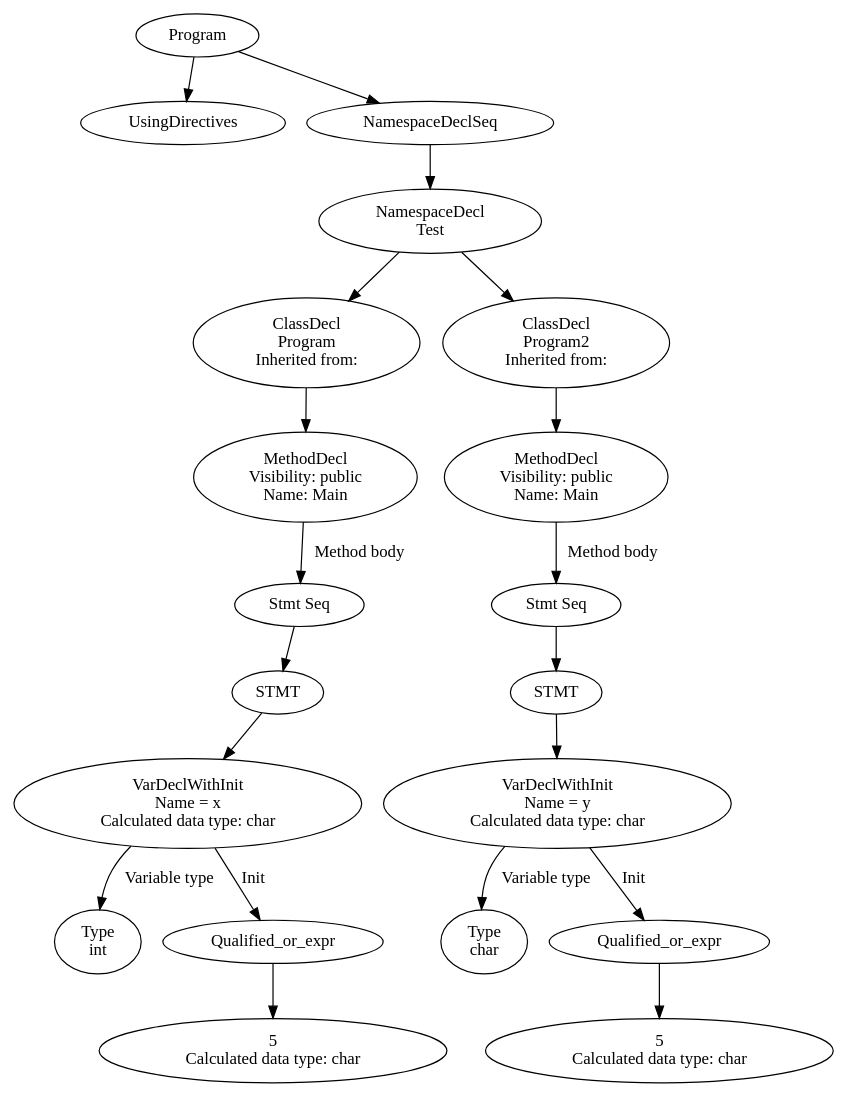
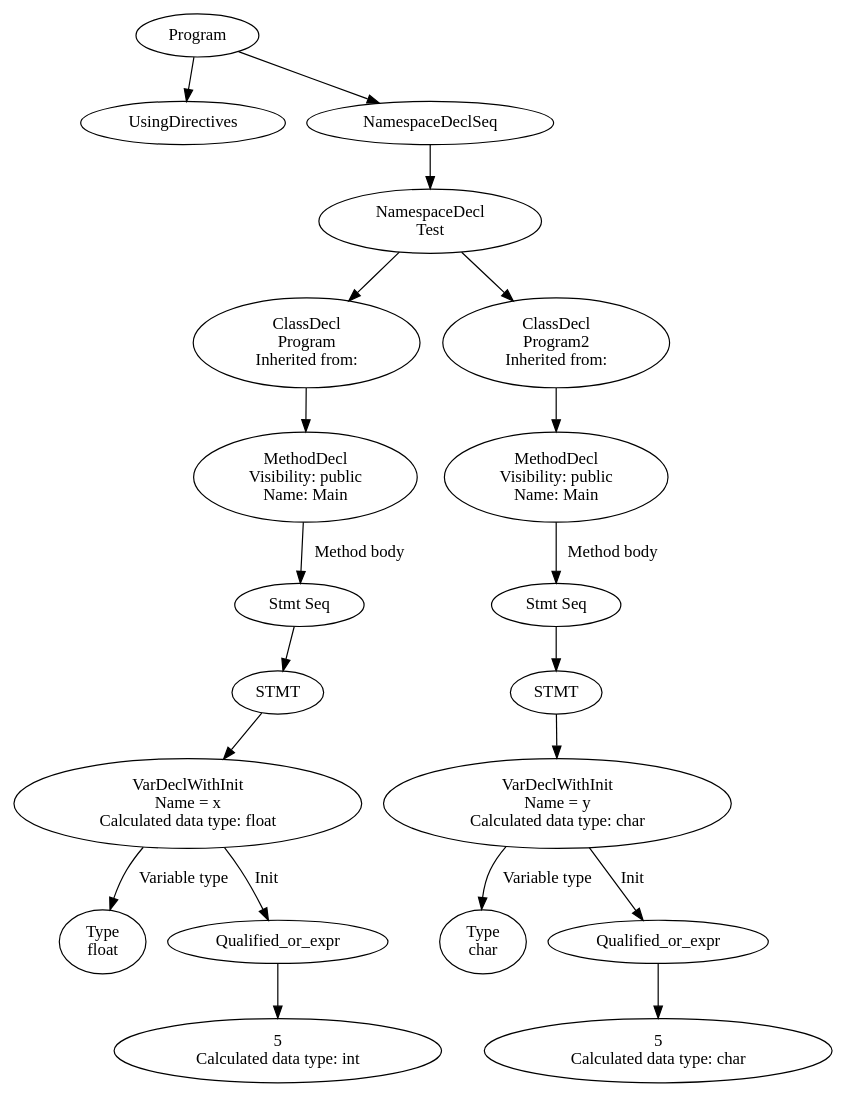
The diagram in lexer-build/ast.dot (SergeyGT/CSharp_Compiler), drawn with Graphviz before and after one commit. The commit also changed 5 other files, not shown here.

```diff
--- a/lexer-build/ast.dot
+++ b/lexer-build/ast.dot
@@ -1,41 +1,41 @@
 digraph Program {
 24 [label="Program"]
 0 [label="UsingDirectives"]
 23 [label="NamespaceDeclSeq"]
 22 [label="NamespaceDecl\nTest"]
 10 [label="ClassDecl\nProgram\n Inherited from: "]
 8 [label="MethodDecl\nVisibility: public\nName: Main"]
 7 [label="Stmt Seq"]
 6 [label="STMT"]
-5 [label="VarDeclWithInit\nName = x\nCalculated data type: char"]
-2 [label="Type\nint"]
+5 [label="VarDeclWithInit\nName = x\nCalculated data type: float"]
+2 [label="Type\nfloat"]
 5 -> 2 [label="Variable type"]
 4 [label="Qualified_or_expr"]
-3 [label="5\nCalculated data type: char"]
+3 [label="5\nCalculated data type: int"]
 4 -> 3
 5 -> 4 [label="Init"]
 6 -> 5
 7 -> 6
 8 -> 7 [label="Method body"]
 10 -> 8
 22 -> 10
 21 [label="ClassDecl\nProgram2\n Inherited from: "]
 19 [label="MethodDecl\nVisibility: public\nName: Main"]
 18 [label="Stmt Seq"]
 17 [label="STMT"]
 16 [label="VarDeclWithInit\nName = y\nCalculated data type: char"]
 13 [label="Type\nchar"]
 16 -> 13 [label="Variable type"]
 15 [label="Qualified_or_expr"]
 14 [label="5\nCalculated data type: char"]
 15 -> 14
 16 -> 15 [label="Init"]
 17 -> 16
 18 -> 17
 19 -> 18 [label="Method body"]
 21 -> 19
 22 -> 21
 23 -> 22
 24 -> 0
 24 -> 23
 }
```
